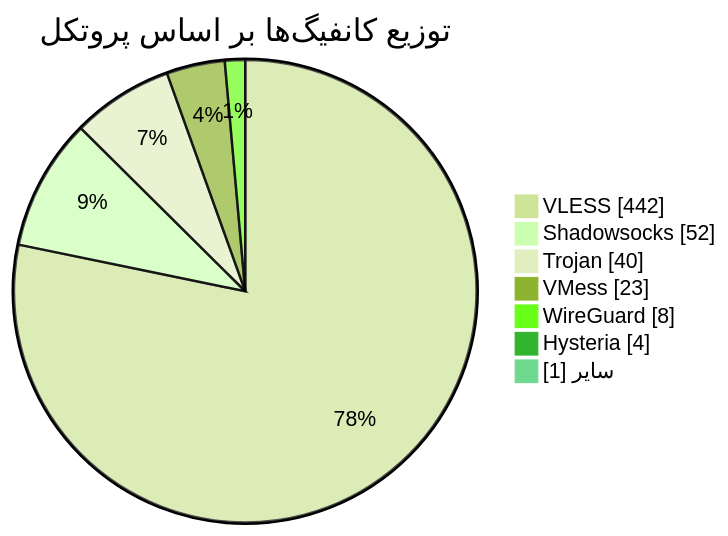
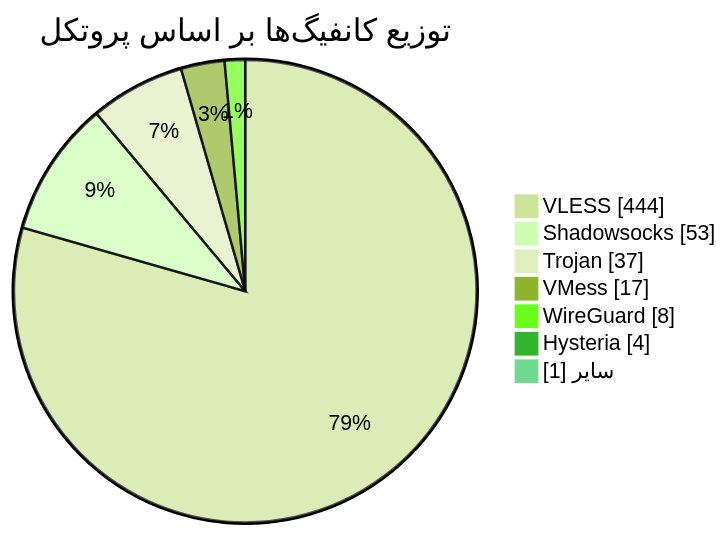
Before and after one commit to Arian-Alijani/Somthing: the diagram in README.md, drawn with Mermaid (forest theme). The commit also changed other lines of this file and 61 other files, not shown here.

````diff
--- a/README.md
+++ b/README.md
@@ -49,11 +49,11 @@
 ```mermaid
 pie showData
     title توزیع کانفیگ‌ها بر اساس پروتکل
-    "VLESS" : 442
-    "Shadowsocks" : 52
-    "Trojan" : 40
-    "VMess" : 23
+    "VLESS" : 444
+    "Shadowsocks" : 53
+    "Trojan" : 37
+    "VMess" : 17
     "WireGuard" : 8
     "Hysteria" : 4
     "سایر" : 1
 ```
````
